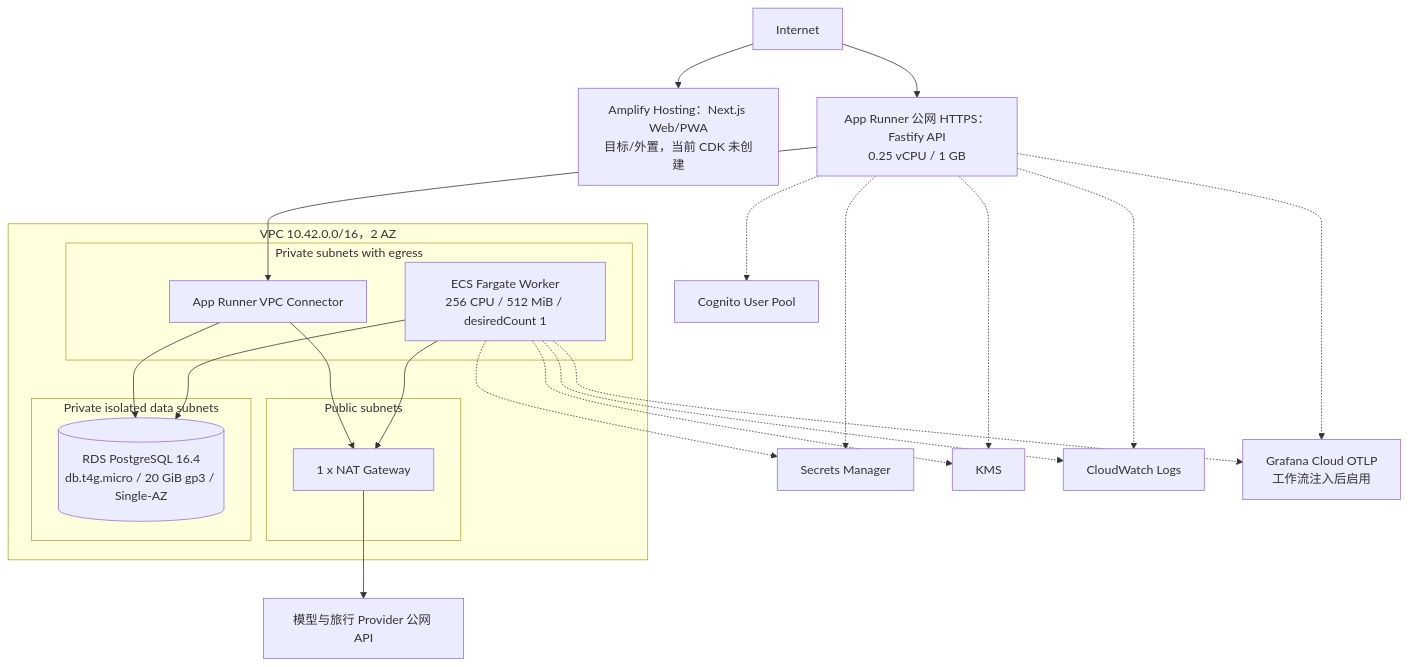
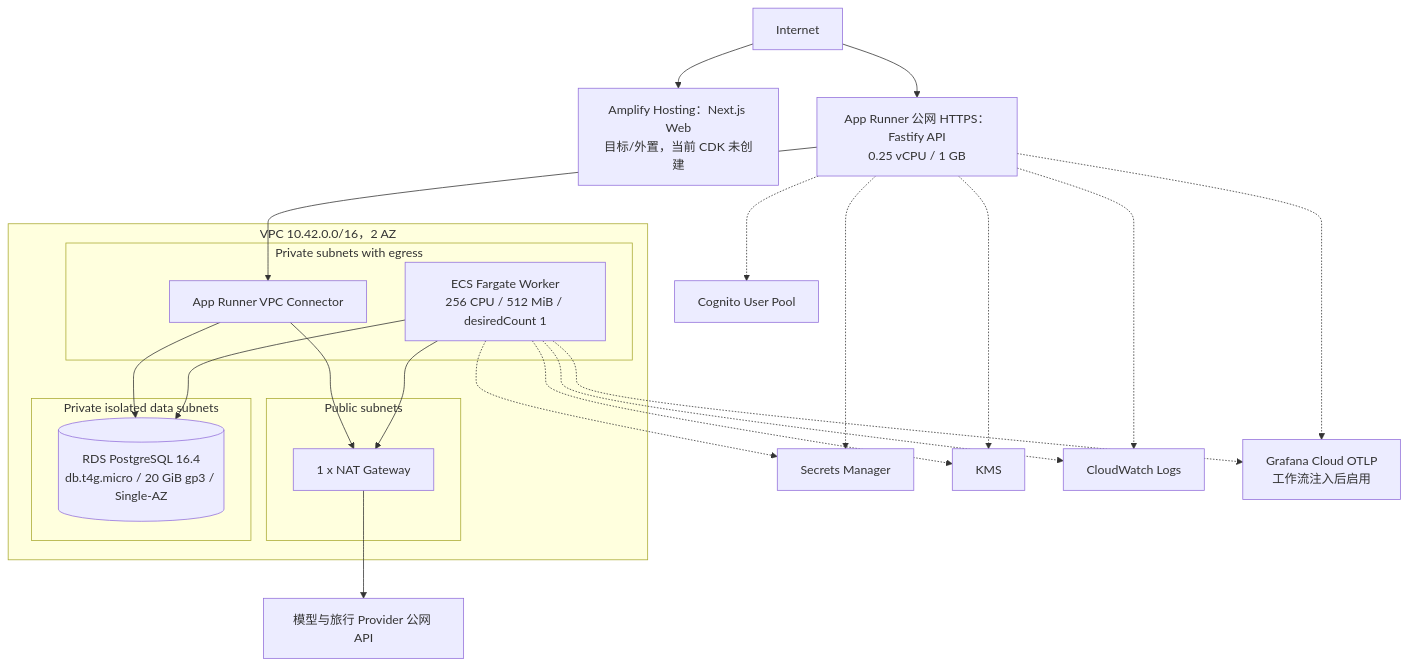
One commit to KuGua/wanderly-ai-travel-agent changed the eighth of 8 diagrams in docs/technical-architecture-overview.md. Above: the diagram before and after it, drawn with Mermaid. The commit also changed other lines of this file, not shown here.

Commit message:
feat(docs): enhance technical architecture overview with detailed frontend and API interactions

````diff
--- a/docs/technical-architecture-overview.md
+++ b/docs/technical-architecture-overview.md
@@ -106,34 +426,34 @@
 ```mermaid
 flowchart TB
-    internet["Internet"] --> amplify["Amplify Hosting：Next.js Web/PWA\n目标/外置，当前 CDK 未创建"]
+    internet["Internet"] --> amplify["Amplify Hosting：Next.js Web\n目标/外置，当前 CDK 未创建"]
     internet --> appRunner["App Runner 公网 HTTPS：Fastify API\n0.25 vCPU / 1 GB"]
 
     subgraph vpc["VPC 10.42.0.0/16，2 AZ"]
         subgraph public["Public subnets"]
             nat["1 x NAT Gateway"]
         end
         subgraph runtime["Private subnets with egress"]
             connector["App Runner VPC Connector"]
             worker["ECS Fargate Worker\n256 CPU / 512 MiB / desiredCount 1"]
         end
         subgraph isolated["Private isolated data subnets"]
             rds[("RDS PostgreSQL 16.4\ndb.t4g.micro / 20 GiB gp3 / Single-AZ")]
         end
         connector --> rds
         worker --> rds
         connector --> nat
         worker --> nat
     end
 
     appRunner --> connector
     nat --> providers["模型与旅行 Provider 公网 API"]
     appRunner -.-> secrets["Secrets Manager"]
     worker -.-> secrets
     appRunner -.-> kms["KMS"]
     worker -.-> kms
     appRunner -.-> cognito["Cognito User Pool"]
     appRunner -.-> cloudwatch["CloudWatch Logs"]
     worker -.-> cloudwatch
     appRunner -.-> grafana["Grafana Cloud OTLP\n工作流注入后启用"]
     worker -.-> grafana
 ```
````
